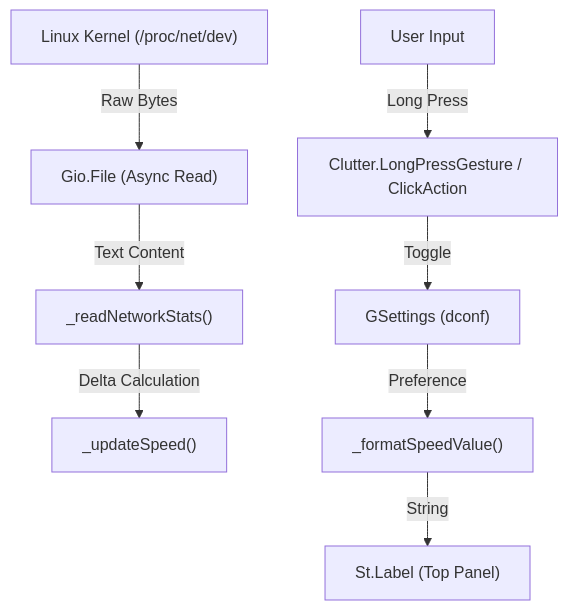
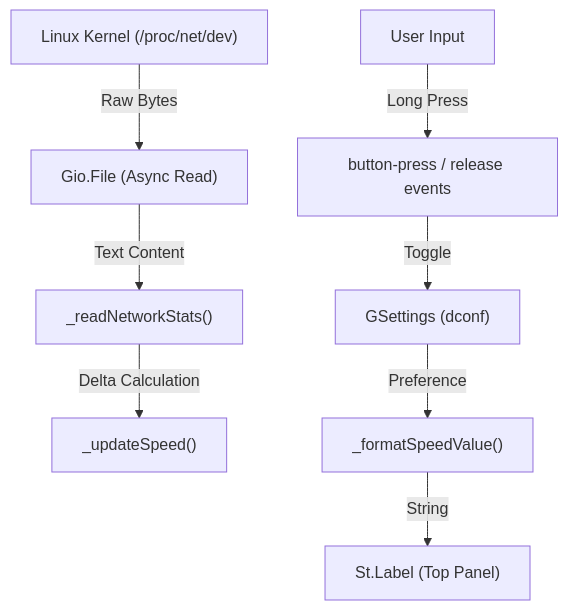
One commit to ajxv/netspeed-monitor changed the diagram in docs/TECHNICAL_DOCUMENTATION.md. Above: the diagram before and after it, drawn with Mermaid. The commit also changed other lines of this file and 4 other files, not shown here.

````diff
--- a/docs/TECHNICAL_DOCUMENTATION.md
+++ b/docs/TECHNICAL_DOCUMENTATION.md
@@ -16,10 +16,10 @@
 ```mermaid
 graph TD
     Kernel["Linux Kernel (/proc/net/dev)"] -->|Raw Bytes| FileOp["Gio.File (Async Read)"]
     FileOp -->|Text Content| Parser["_readNetworkStats()"]
     Parser -->|Delta Calculation| Calculator["_updateSpeed()"]
     Settings["GSettings (dconf)"] -->|Preference| Formatter["_formatSpeedValue()"]
     Formatter -->|String| UI["St.Label (Top Panel)"]
-    User["User Input"] -->|Long Press| Action["Clutter.LongPressGesture / ClickAction"]
+    User["User Input"] -->|Long Press| Action["button-press / release events"]
     Action -->|Toggle| Settings
 ```
````
